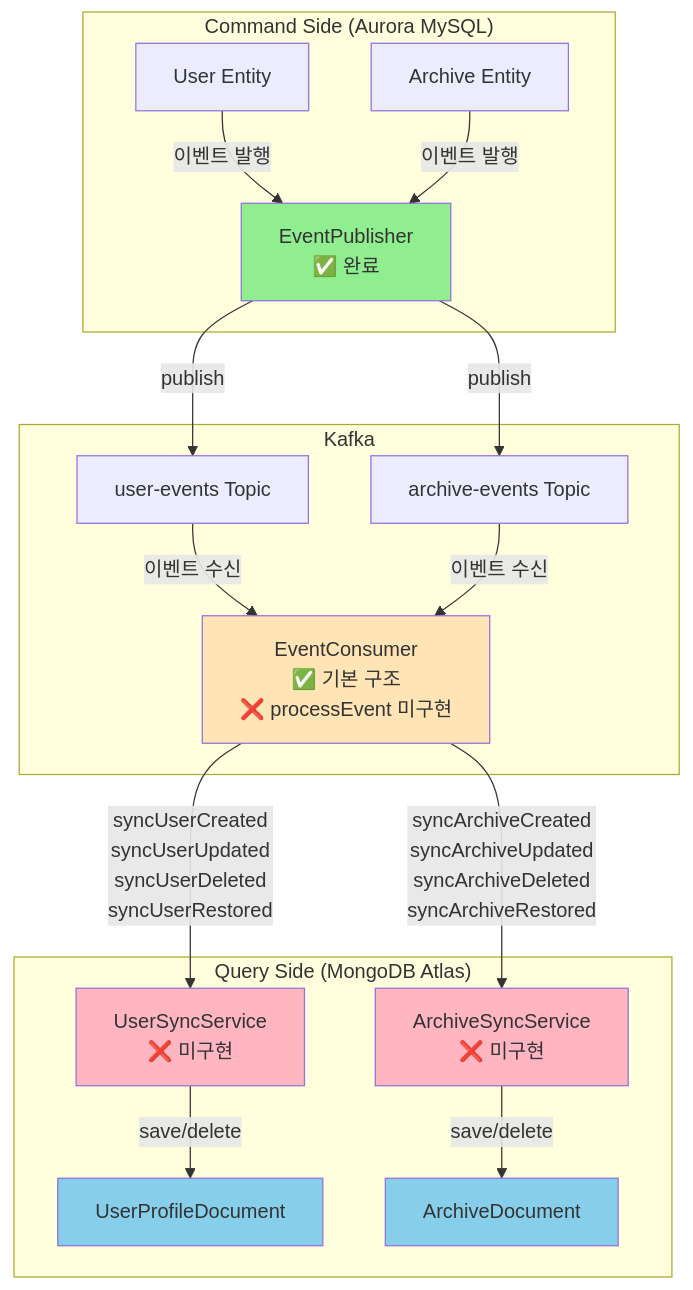
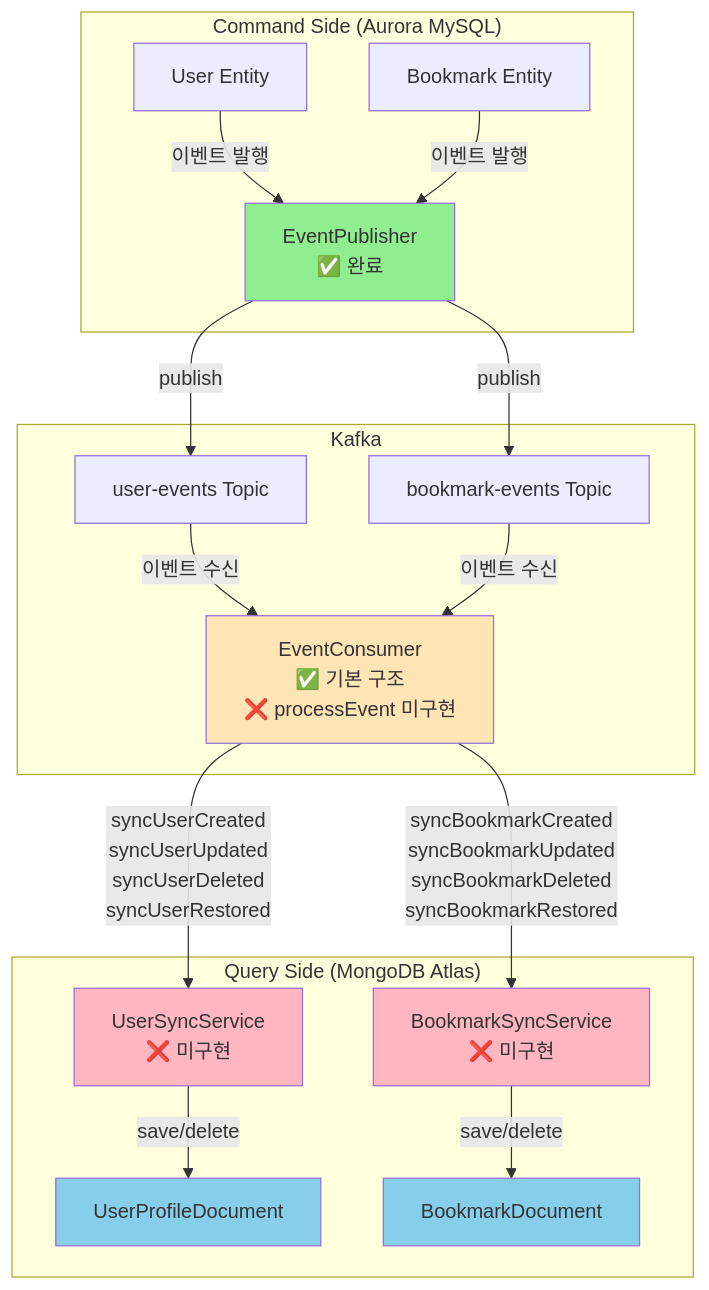
The second of 8 diagrams in docs/step11/cqrs-kafka-sync-design.md (thswlsqls/tech-n-ai), drawn with Mermaid before and after one commit. The commit also changed other lines of this file and 68 other files, not shown here.

````diff
--- a/docs/step11/cqrs-kafka-sync-design.md
+++ b/docs/step11/cqrs-kafka-sync-design.md
@@ -720,39 +720,39 @@
 ```mermaid
 flowchart TB
     subgraph CommandSide["Command Side (Aurora MySQL)"]
         UserEntity[User Entity]
-        ArchiveEntity[Archive Entity]
+        BookmarkEntity[Bookmark Entity]
         EventPublisher[EventPublisher<br/>✅ 완료]
     end
     
     subgraph Kafka["Kafka"]
         UserTopic[user-events Topic]
-        ArchiveTopic[archive-events Topic]
+        BookmarkTopic[bookmark-events Topic]
         EventConsumer[EventConsumer<br/>✅ 기본 구조<br/>❌ processEvent 미구현]
     end
     
     subgraph QuerySide["Query Side (MongoDB Atlas)"]
         UserProfileDoc[UserProfileDocument]
-        ArchiveDoc[ArchiveDocument]
+        BookmarkDoc[BookmarkDocument]
         UserSyncService[UserSyncService<br/>❌ 미구현]
-        ArchiveSyncService[ArchiveSyncService<br/>❌ 미구현]
+        BookmarkSyncService[BookmarkSyncService<br/>❌ 미구현]
     end
     
     UserEntity -->|이벤트 발행| EventPublisher
-    ArchiveEntity -->|이벤트 발행| EventPublisher
+    BookmarkEntity -->|이벤트 발행| EventPublisher
     EventPublisher -->|publish| UserTopic
-    EventPublisher -->|publish| ArchiveTopic
+    EventPublisher -->|publish| BookmarkTopic
     UserTopic -->|이벤트 수신| EventConsumer
-    ArchiveTopic -->|이벤트 수신| EventConsumer
+    BookmarkTopic -->|이벤트 수신| EventConsumer
     EventConsumer -->|syncUserCreated<br/>syncUserUpdated<br/>syncUserDeleted<br/>syncUserRestored| UserSyncService
-    EventConsumer -->|syncArchiveCreated<br/>syncArchiveUpdated<br/>syncArchiveDeleted<br/>syncArchiveRestored| ArchiveSyncService
+    EventConsumer -->|syncBookmarkCreated<br/>syncBookmarkUpdated<br/>syncBookmarkDeleted<br/>syncBookmarkRestored| BookmarkSyncService
     UserSyncService -->|save/delete| UserProfileDoc
-    ArchiveSyncService -->|save/delete| ArchiveDoc
+    BookmarkSyncService -->|save/delete| BookmarkDoc
     
     style EventPublisher fill:#90EE90
     style EventConsumer fill:#FFE4B5
     style UserSyncService fill:#FFB6C1
-    style ArchiveSyncService fill:#FFB6C1
+    style BookmarkSyncService fill:#FFB6C1
     style UserProfileDoc fill:#87CEEB
-    style ArchiveDoc fill:#87CEEB
+    style BookmarkDoc fill:#87CEEB
 ```
````
